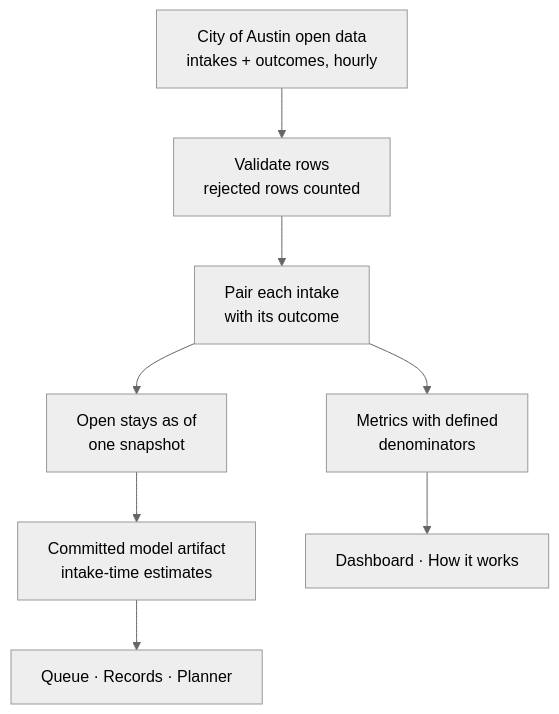
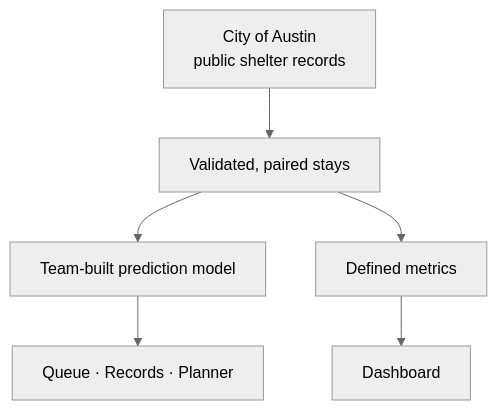
The diagram in README.md (DavisHiggins/SecondChance), drawn with Mermaid (neutral theme) before and after one commit. The commit also changed other lines of this file and 7 other files, not shown here.

````diff
--- a/README.md
+++ b/README.md
@@ -50,10 +52,8 @@
 ```mermaid
 flowchart TB
-    A[City of Austin open data<br/>intakes + outcomes, hourly] --> V[Validate rows<br/>rejected rows counted]
-    V --> P[Pair each intake<br/>with its outcome]
-    P --> I[Open stays as of<br/>one snapshot]
-    I --> M[Committed model artifact<br/>intake-time estimates]
-    P --> S[Metrics with defined<br/>denominators]
+    A[City of Austin<br/>public shelter records] --> V[Validated, paired stays]
+    V --> M[Team-built prediction model]
     M --> Q[Queue · Records · Planner]
-    S --> D[Dashboard · How it works]
+    V --> S[Defined metrics]
+    S --> D[Dashboard]
 ```
````
